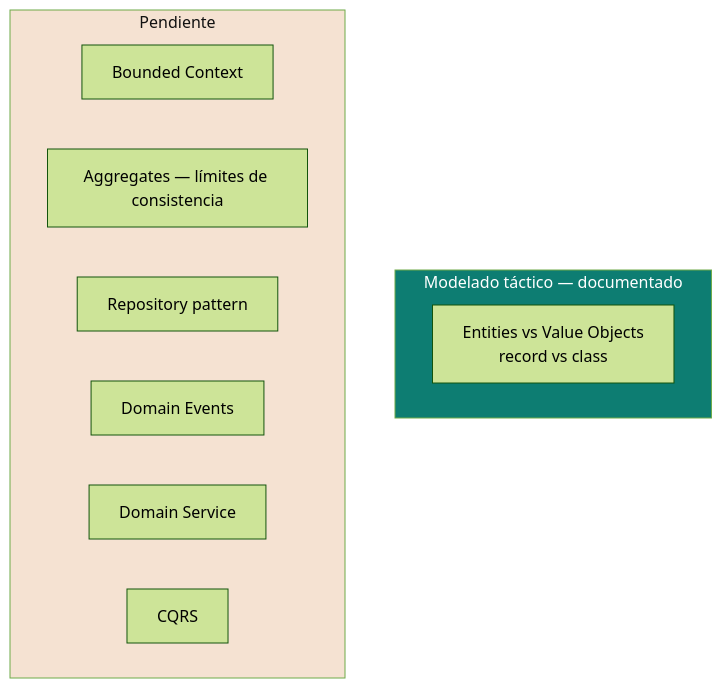
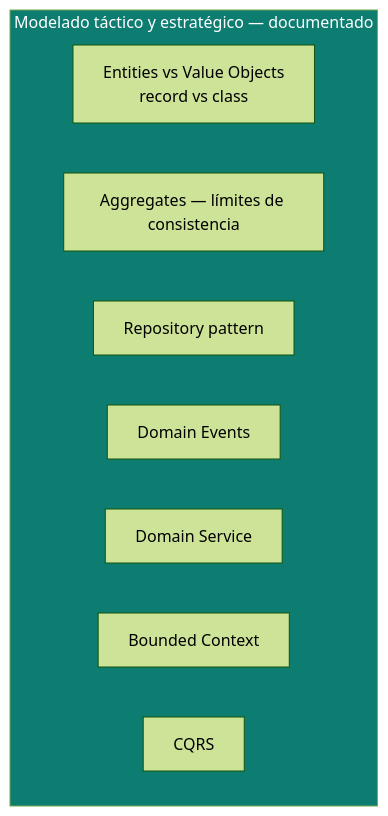
The diagram in ddd/README.md (edzamo/software-engineering), drawn with Mermaid (forest theme) before and after one commit. The commit also changed other lines of this file and 16 other files, not shown here.

````diff
--- a/ddd/README.md
+++ b/ddd/README.md
@@ -9,17 +9,14 @@
 ```mermaid
 graph TB
-    subgraph modelado[" Modelado táctico — documentado "]
+    subgraph modelado[" Modelado táctico y estratégico — documentado "]
         EVO["Entities vs Value Objects<br/>record vs class"]
-    end
-    subgraph pendiente[" Pendiente "]
-        BC["Bounded Context"]
         AGG["Aggregates — límites de consistencia"]
         REPO["Repository pattern"]
         DE["Domain Events"]
         DS["Domain Service"]
+        BC["Bounded Context"]
         CQRS["CQRS"]
     end
 
     style modelado fill:#0d7d72,color:#fff
-    style pendiente fill:#f5e2d2,color:#111
 ```
````
